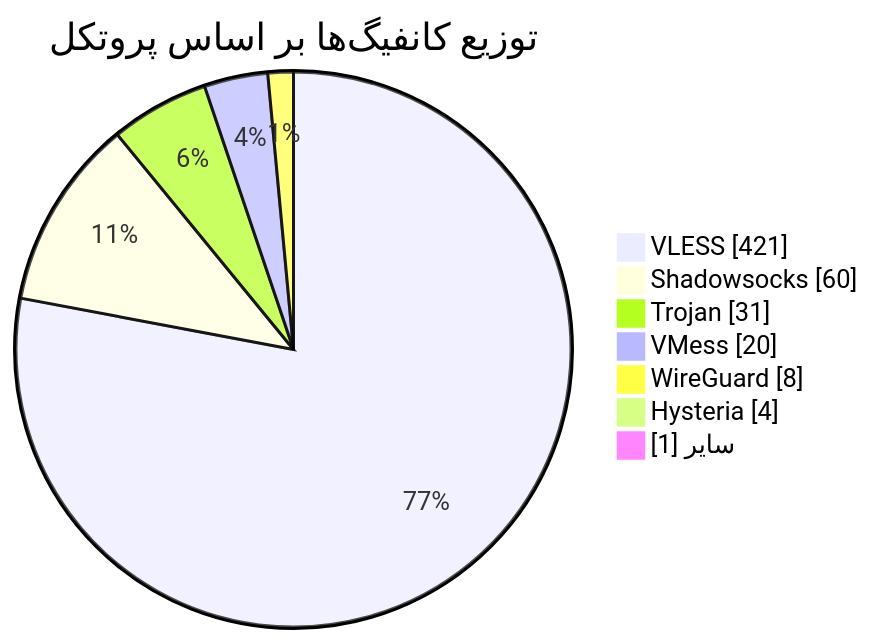
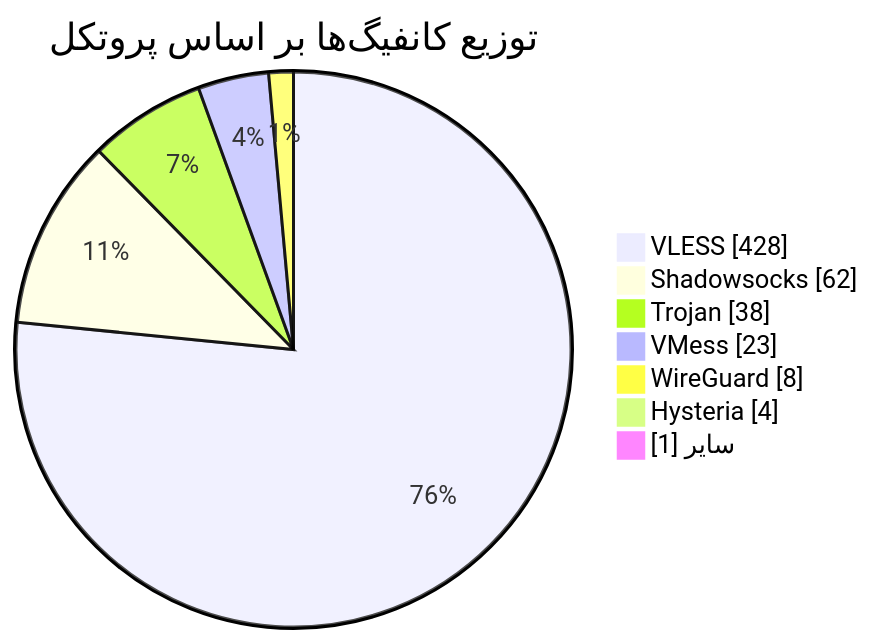
Before and after one commit to Arian-Alijani/Somthing: the diagram in README.md, drawn with Mermaid. The commit also changed other lines of this file and 73 other files, not shown here.

````diff
--- a/README.md
+++ b/README.md
@@ -49,11 +49,11 @@
 ```mermaid
 pie showData
     title توزیع کانفیگ‌ها بر اساس پروتکل
-    "VLESS" : 421
-    "Shadowsocks" : 60
-    "Trojan" : 31
-    "VMess" : 20
+    "VLESS" : 428
+    "Shadowsocks" : 62
+    "Trojan" : 38
+    "VMess" : 23
     "WireGuard" : 8
     "Hysteria" : 4
     "سایر" : 1
 ```
````
